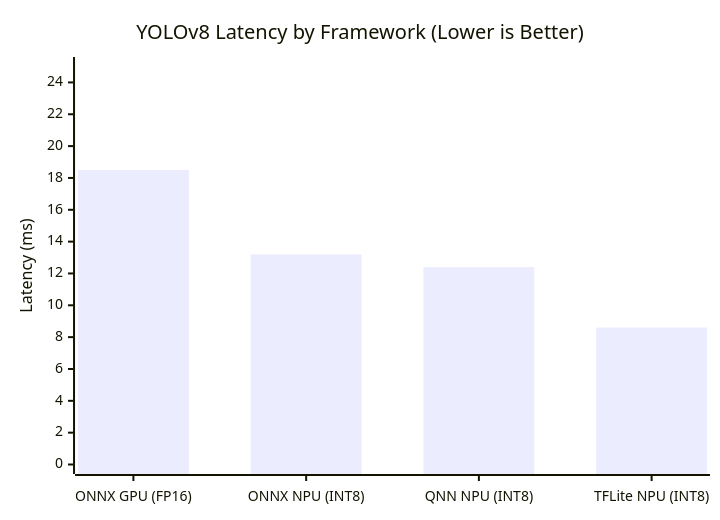
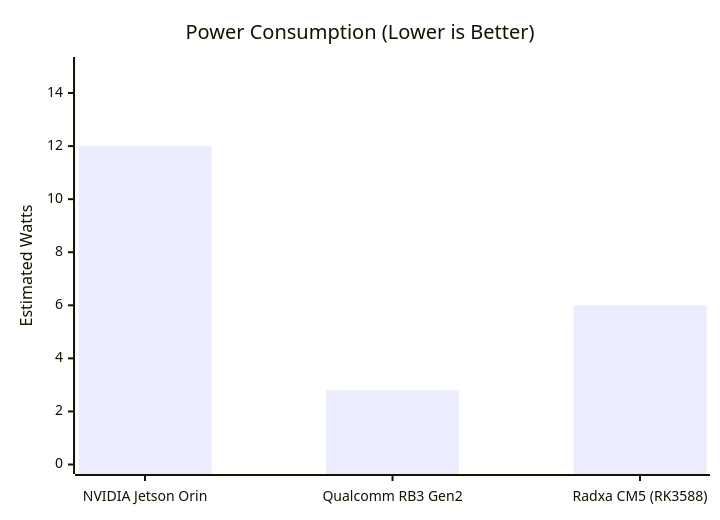
Before and after one commit to zok213/DAT1: the second of 2 diagrams in README.md, drawn with Mermaid. The commit also changed other lines of this file, not shown here.

Commit message:
docs: Create master landing page comparing Qualcomm, Jetson, and Radxa architectures

````diff
--- a/README.md
+++ b/README.md
@@ -27,7 +39,7 @@
 ```mermaid
 xychart-beta
-    title "YOLOv8 Latency by Framework (Lower is Better)"
-    x-axis ["ONNX GPU (FP16)", "ONNX NPU (INT8)", "QNN NPU (INT8)", "TFLite NPU (INT8)"]
-    y-axis "Latency (ms)" 0 --> 25
-    bar [18.5, 13.2, 12.4, 8.6]
+    title "Power Consumption (Lower is Better)"
+    x-axis ["NVIDIA Jetson Orin", "Qualcomm RB3 Gen2", "Radxa CM5 (RK3588)"]
+    y-axis "Estimated Watts" 0 --> 15
+    bar [12.0, 2.8, 6.0]
 ```
````
